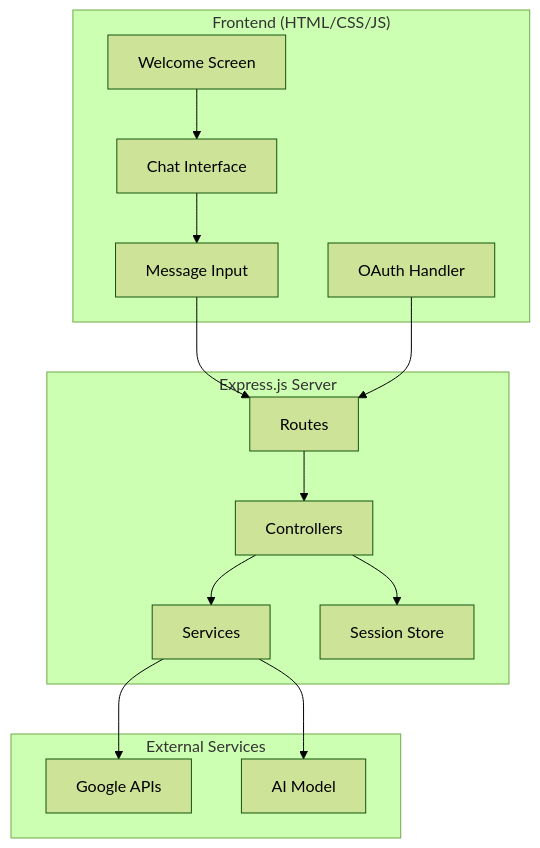
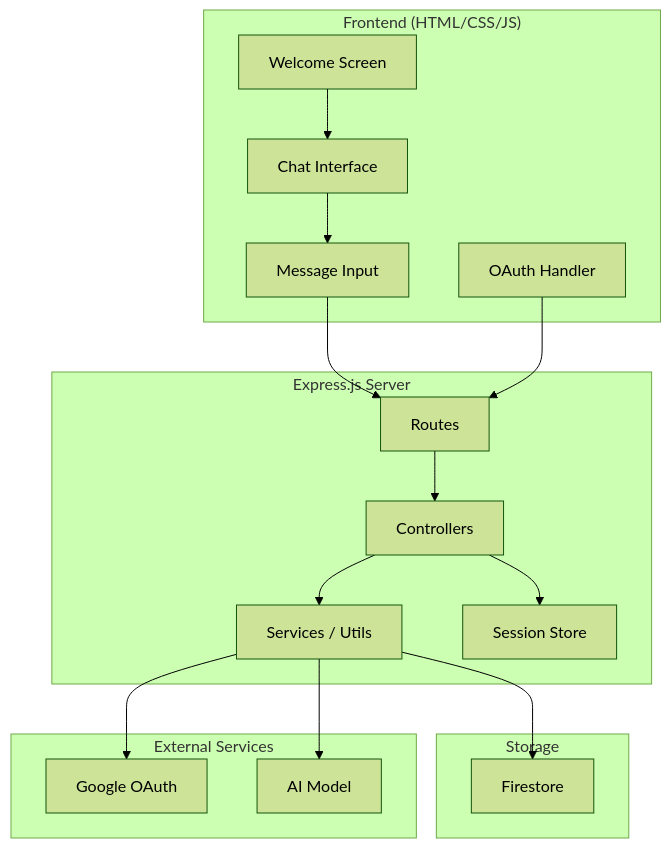
The first of 6 diagrams in memory-bank/systemPatterns.md (Drifter-Supremo/gorlea-notes-docs), drawn with Mermaid (forest theme) before and after one commit. The commit also changed other lines of this file and 9 other files, not shown here.

````diff
--- a/memory-bank/systemPatterns.md
+++ b/memory-bank/systemPatterns.md
@@ -5,31 +5,43 @@
 ```mermaid
 flowchart TD
     subgraph Frontend["Frontend (HTML/CSS/JS)"]
         Welcome[Welcome Screen]
         Chat[Chat Interface]
         Input[Message Input]
         Auth[OAuth Handler]
     end
 
     subgraph Backend["Express.js Server"]
         Router[Routes]
         Controller[Controllers]
         Services[Services]
         Session[Session Store]
     end
 
+    subgraph Backend["Express.js Server"]
+        Router[Routes]
+        Controller[Controllers]
+        Services[Services / Utils]
+        Session[Session Store]
+    end
+    
+    subgraph Storage["Storage"]
+        FS[Firestore]
+    end
+
     subgraph External["External Services"]
-        Google[Google APIs]
+        GoogleAuth[Google OAuth]
         AIModel[AI Model]
     end
 
     Welcome --> Chat
     Chat --> Input
     Input --> Router
     Auth --> Router
     Router --> Controller
     Controller --> Services
+    Services --> FS
+    Services --> AIModel
+    Services --> GoogleAuth
     Controller --> Session
-    Services --> Google
-    Services --> AIModel
 ```
````
